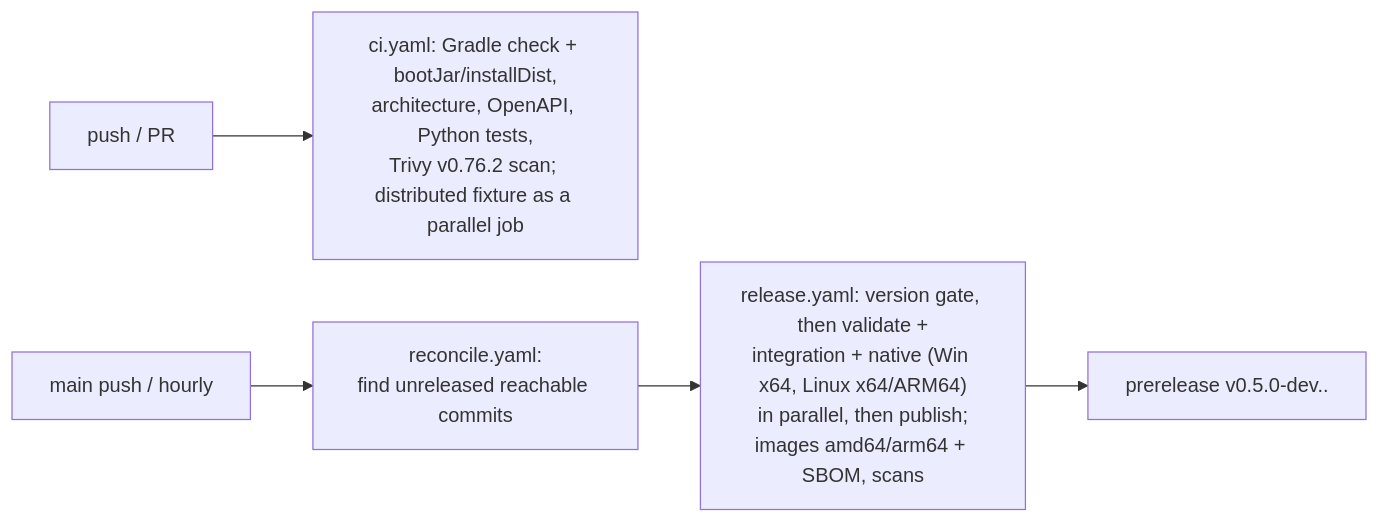
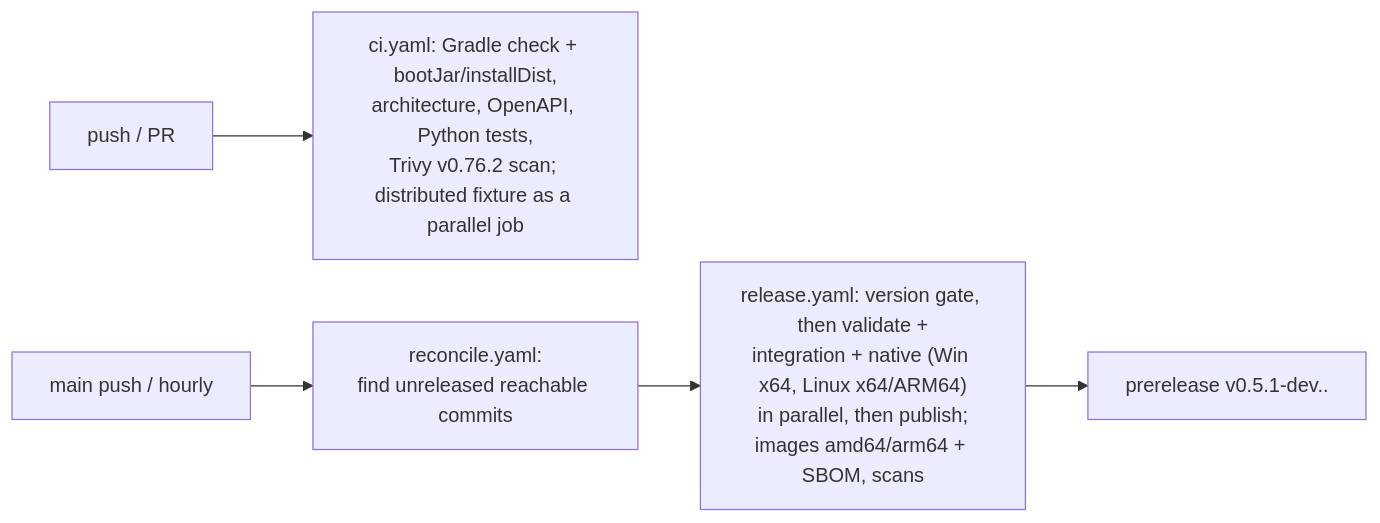
Before and after one commit to athegreat90/minecraft-modsync: diagram 12 of 12 in docs/GUIDE.md, drawn with Mermaid. The commit also changed 22 other files, not shown here.

````diff
--- a/docs/GUIDE.md
+++ b/docs/GUIDE.md
@@ -384,7 +384,7 @@
 ```mermaid
 flowchart LR
   PR[push / PR] --> CI["ci.yaml: Gradle check + bootJar/installDist,\narchitecture, OpenAPI, Python tests,\nTrivy v0.76.2 scan; distributed fixture as a parallel job"]
   main[main push / hourly] --> REC["reconcile.yaml:\nfind unreleased reachable commits"]
   REC --> REL["release.yaml: version gate, then validate +\nintegration + native (Win x64, Linux x64/ARM64)\nin parallel, then publish;\nimages amd64/arm64 + SBOM, scans"]
-  REL --> PRE["prerelease v0.5.0-dev.<time>.<sha>"]
+  REL --> PRE["prerelease v0.5.1-dev.<time>.<sha>"]
 ```
````
